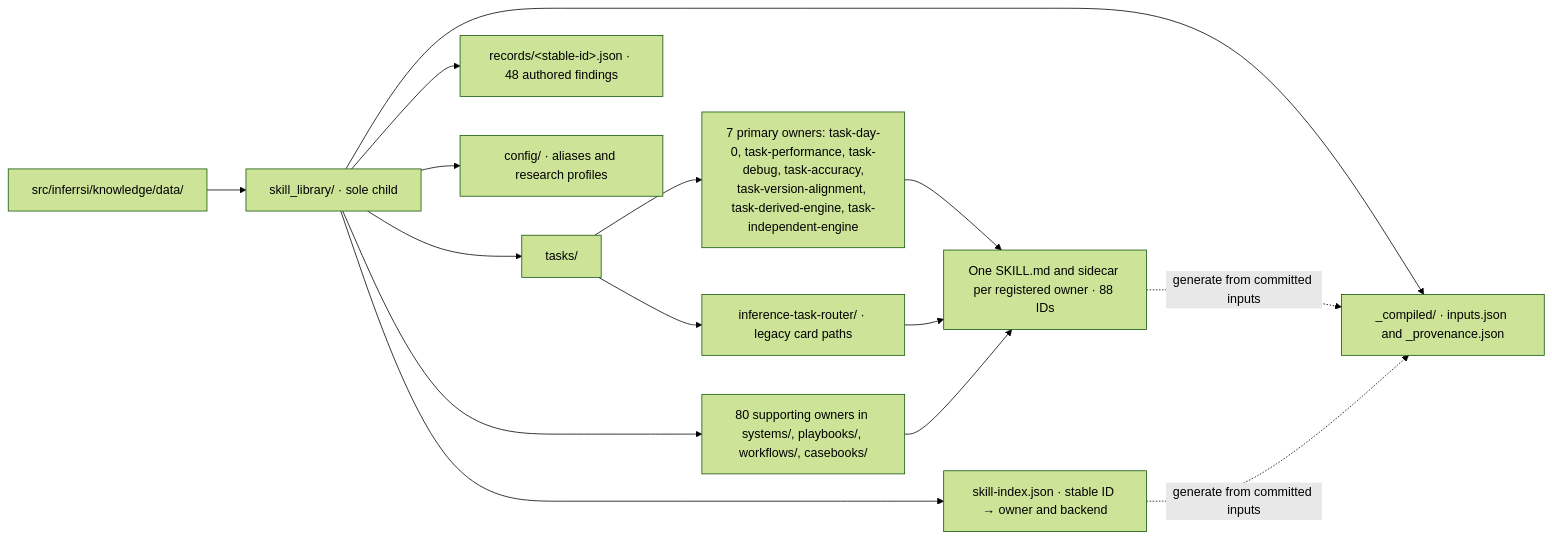
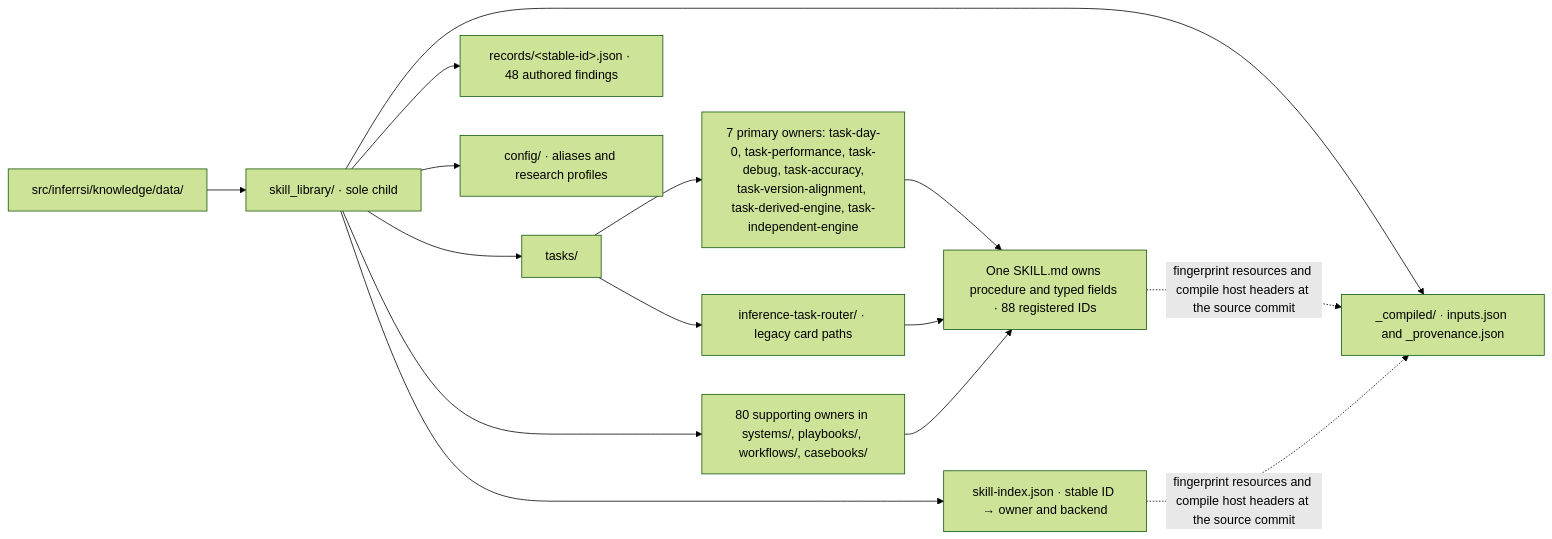
Before and after one commit to InferMatrixLab/InferRSI: the second of 4 diagrams in docs/knowledge-layout.md, drawn with Mermaid (forest theme). The commit also changed other lines of this file and 72 other files, not shown here.

````diff
--- a/docs/knowledge-layout.md
+++ b/docs/knowledge-layout.md
@@ -29,14 +29,14 @@
 ```mermaid
 flowchart LR
     D["src/inferrsi/knowledge/data/"] --> L["skill_library/ · sole child"]
     L --> T["tasks/"]
     T --> P["7 primary owners: task-day-0, task-performance, task-debug, task-accuracy,<br/>task-version-alignment, task-derived-engine, task-independent-engine"]
     T --> H["inference-task-router/ · legacy card paths"]
     L --> S["80 supporting owners in systems/, playbooks/, workflows/, casebooks/"]
-    P & H & S --> O["One SKILL.md and sidecar per registered owner · 88 IDs"]
+    P & H & S --> O["One SKILL.md owns procedure and typed fields · 88 registered IDs"]
     L --> F["records/&lt;stable-id&gt;.json · 48 authored findings"]
     L --> CFG["config/ · aliases and research profiles"]
     L --> REG["skill-index.json · stable ID → owner and backend"]
     L --> BUILD["_compiled/ · inputs.json and _provenance.json"]
-    O & REG -.->|generate from committed inputs| BUILD
+    O & REG -.->|fingerprint resources and compile host headers at the source commit| BUILD
 ```
````
